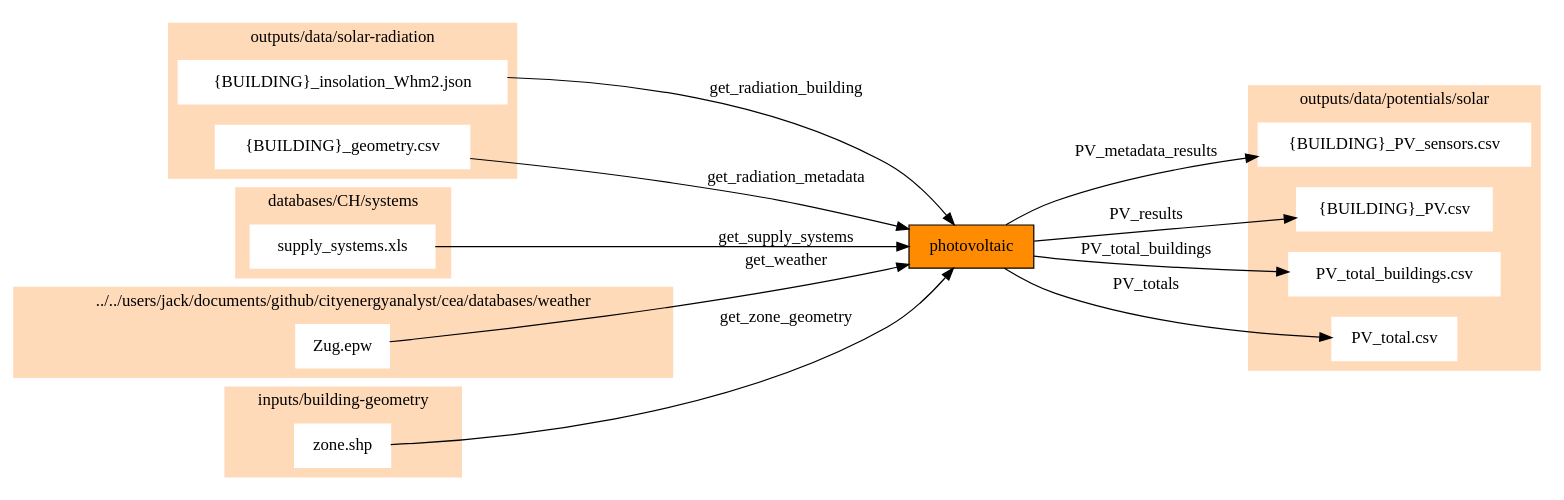
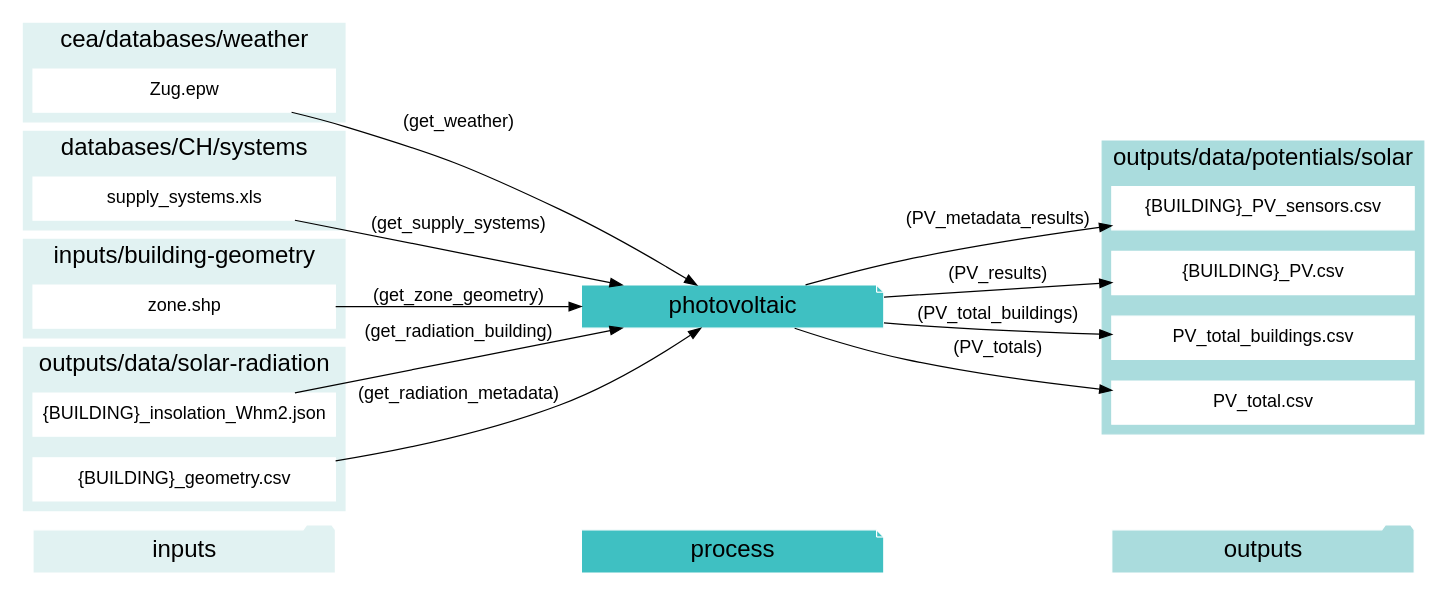
Before and after one commit to architecture-building-systems/CityEnergyAnalyst: the diagram in docs/script_dependencies/photovoltaic.gv, drawn with Graphviz. The commit also changed 20 other files, not shown here.

```diff
--- a/docs/script_dependencies/photovoltaic.gv
+++ b/docs/script_dependencies/photovoltaic.gv
@@ -1,49 +1,70 @@
 digraph trace_inputlocator {
     rankdir="LR";
-    node [shape=box];
-    graph [overlap = false];
-    "photovoltaic"[style=filled, fillcolor=darkorange];
-    "{BUILDING}_insolation_Whm2.json" -> "photovoltaic"[label="get_radiation_building"]
-    "{BUILDING}_geometry.csv" -> "photovoltaic"[label="get_radiation_metadata"]
-    "supply_systems.xls" -> "photovoltaic"[label="get_supply_systems"]
-    "Zug.epw" -> "photovoltaic"[label="get_weather"]
-    "zone.shp" -> "photovoltaic"[label="get_zone_geometry"]
-    "photovoltaic" -> "{BUILDING}_PV_sensors.csv"[label="PV_metadata_results"]
-    "photovoltaic" -> "{BUILDING}_PV.csv"[label="PV_results"]
-    "photovoltaic" -> "PV_total_buildings.csv"[label="PV_total_buildings"]
-    "photovoltaic" -> "PV_total.csv"[label="PV_totals"]
-    subgraph cluster_0 {
+    graph [overlap=false, fontname=arial];
+    node [shape=box, style=filled, color=white, fontsize=15, fontname=arial, fixedsize=true, width=3.503];
+    edge [fontname=arial, fontsize = 15]
+    newrank=true
+    subgraph cluster_legend {
+    fontsize=25
+    style=invis
+    "process"[style=filled, fillcolor="#3FC0C2", shape=note, fontsize=20, fontname="arial"]
+    "inputs" [style=filled, shape=folder, color=white, fillcolor="#E1F2F2", fontsize=20]
+    "outputs"[style=filled, shape=folder, color=white, fillcolor="#aadcdd", fontsize=20]
+    "inputs"->"process"[style=invis]
+    "process"->"outputs"[style=invis]
+    }
+    "photovoltaic"[style=filled, color=white, fillcolor="#3FC0C2", shape=note, fontsize=20, fontname=arial];
+    subgraph cluster_0_in {
         style = filled;
-        color = peachpuff;
-        label="../../users/jack/documents/github/cityenergyanalyst/cea/databases/weather";
-    "Zug.epw"[style=filled, color=white]
+        color = "#E1F2F2";
+        fontsize = 20;
+        rank=same;
+        label="cea/databases/weather";
+        "Zug.epw"
     }
-    subgraph cluster_1 {
+    subgraph cluster_1_in {
         style = filled;
-        color = peachpuff;
+        color = "#E1F2F2";
+        fontsize = 20;
+        rank=same;
         label="databases/CH/systems";
-    "supply_systems.xls"[style=filled, color=white]
+        "supply_systems.xls"
     }
-    subgraph cluster_2 {
+    subgraph cluster_2_in {
         style = filled;
-        color = peachpuff;
+        color = "#E1F2F2";
+        fontsize = 20;
+        rank=same;
         label="inputs/building-geometry";
-    "zone.shp"[style=filled, color=white]
+        "zone.shp"
     }
-    subgraph cluster_3 {
+    subgraph cluster_3_out {
         style = filled;
-        color = peachpuff;
+        color = "#aadcdd";
+        fontsize = 20;
+        rank=same;
         label="outputs/data/potentials/solar";
-    "{BUILDING}_PV_sensors.csv"[style=filled, color=white]
-    "{BUILDING}_PV.csv"[style=filled, color=white]
-    "PV_total_buildings.csv"[style=filled, color=white]
-    "PV_total.csv"[style=filled, color=white]
+        "{BUILDING}_PV_sensors.csv"
+        "{BUILDING}_PV.csv"
+        "PV_total_buildings.csv"
+        "PV_total.csv"
     }
-    subgraph cluster_4 {
+    subgraph cluster_4_in {
         style = filled;
-        color = peachpuff;
+        color = "#E1F2F2";
+        fontsize = 20;
+        rank=same;
         label="outputs/data/solar-radiation";
-    "{BUILDING}_insolation_Whm2.json"[style=filled, color=white]
-    "{BUILDING}_geometry.csv"[style=filled, color=white]
+        "{BUILDING}_insolation_Whm2.json"
+        "{BUILDING}_geometry.csv"
     }
-    }
+    "{BUILDING}_insolation_Whm2.json" -> "photovoltaic"[label="(get_radiation_building)"]
+    "{BUILDING}_geometry.csv" -> "photovoltaic"[label="(get_radiation_metadata)"]
+    "supply_systems.xls" -> "photovoltaic"[label="(get_supply_systems)"]
+    "Zug.epw" -> "photovoltaic"[label="(get_weather)"]
+    "zone.shp" -> "photovoltaic"[label="(get_zone_geometry)"]
+    "photovoltaic" -> "{BUILDING}_PV_sensors.csv"[label="(PV_metadata_results)"]
+    "photovoltaic" -> "{BUILDING}_PV.csv"[label="(PV_results)"]
+    "photovoltaic" -> "PV_total_buildings.csv"[label="(PV_total_buildings)"]
+    "photovoltaic" -> "PV_total.csv"[label="(PV_totals)"]
+}
```
